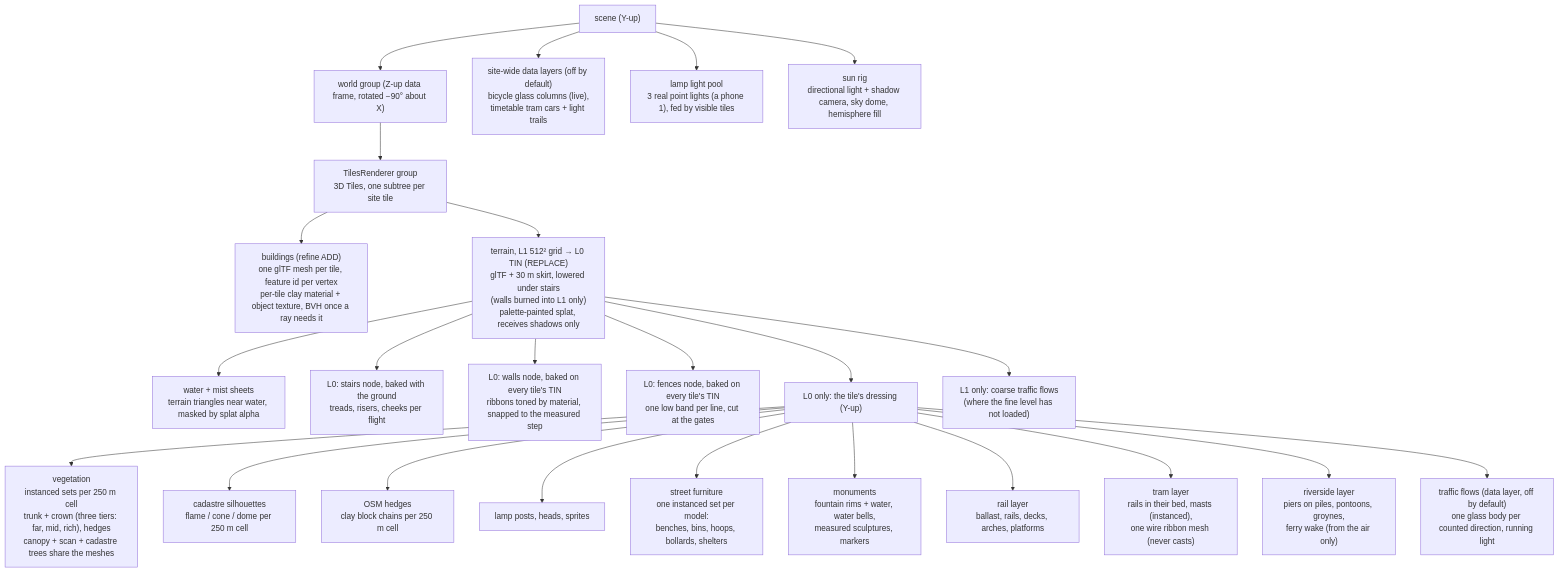
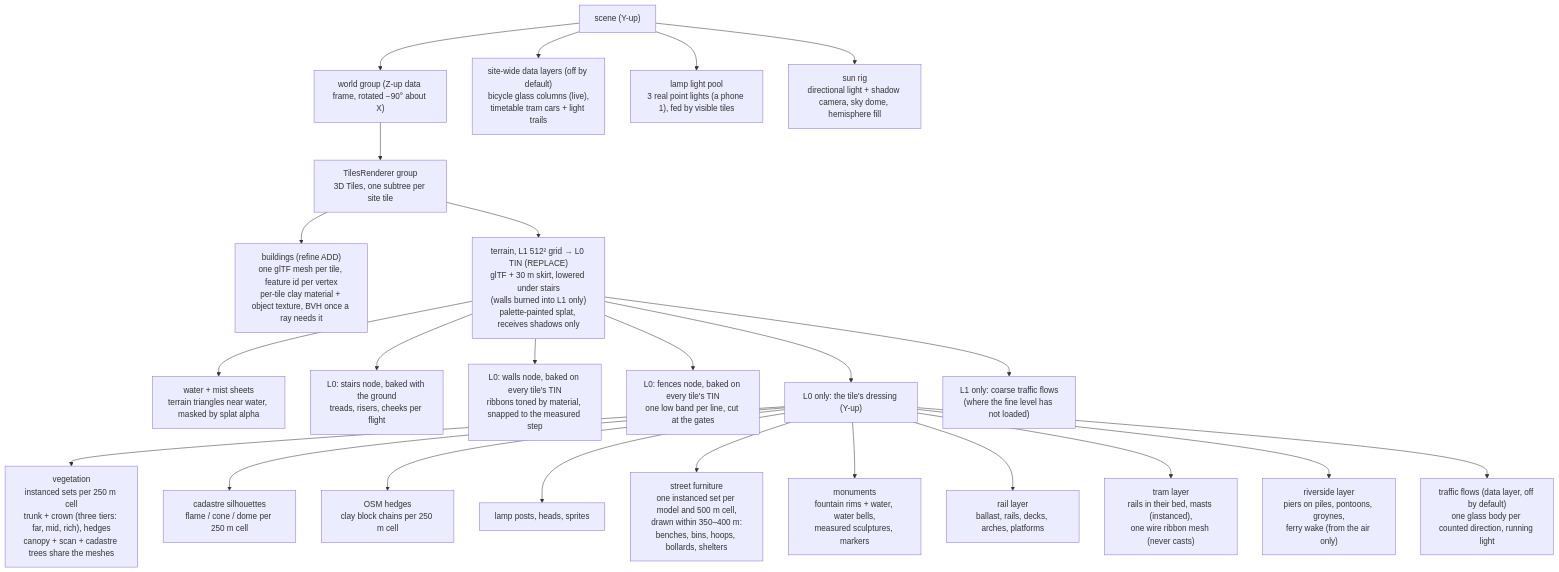
The first of 2 diagrams in docs/rendering.md (mdugue/bridge), drawn with Mermaid before and after one commit. The commit also changed other lines of this file and 5 other files, not shown here.

First line of the commit message:
perf(furniture): draw the street furniture near the eye only

````diff
--- a/docs/rendering.md
+++ b/docs/rendering.md
@@ -25,29 +25,29 @@
 ```mermaid
 flowchart TB
   SCENE["scene (Y-up)"]
   WORLD["world group (Z-up data frame, rotated −90° about X)"]
   TILES["TilesRenderer group<br/>3D Tiles, one subtree per site tile"]
   SCENE --> WORLD
   WORLD --> TILES
   TILES --> CITY["buildings (refine ADD)<br/>one glTF mesh per tile, feature id per vertex<br/>per-tile clay material + object texture, BVH once a ray needs it"]
   TILES --> TER["terrain, L1 512² grid → L0 TIN (REPLACE)<br/>glTF + 30 m skirt, lowered under stairs<br/>(walls burned into L1 only)<br/>palette-painted splat, receives shadows only"]
   TER --> WAT["water + mist sheets<br/>terrain triangles near water, masked by splat alpha"]
   TER --> STAIR["L0: stairs node, baked with the ground<br/>treads, risers, cheeks per flight"]
   TER --> WALL["L0: walls node, baked on every tile's TIN<br/>ribbons toned by material, snapped to the measured step"]
   TER --> FENCE["L0: fences node, baked on every tile's TIN<br/>one low band per line, cut at the gates"]
   TER --> DRESS["L0 only: the tile's dressing (Y-up)"]
   DRESS --> VEG["vegetation<br/>instanced sets per 250 m cell<br/>trunk + crown (three tiers: far, mid, rich), hedges<br/>canopy + scan + cadastre trees share the meshes"]
   DRESS --> INV["cadastre silhouettes<br/>flame / cone / dome per 250 m cell"]
   DRESS --> LOW["OSM hedges<br/>clay block chains per 250 m cell"]
   DRESS --> LAMP["lamp posts, heads, sprites"]
-  DRESS --> FURN["street furniture<br/>one instanced set per model:<br/>benches, bins, hoops, bollards, shelters"]
+  DRESS --> FURN["street furniture<br/>one instanced set per model and 500 m cell,<br/>drawn within 350–400 m:<br/>benches, bins, hoops, bollards, shelters"]
   DRESS --> MON["monuments<br/>fountain rims + water, water bells,<br/>measured sculptures, markers"]
   DRESS --> RAIL["rail layer<br/>ballast, rails, decks, arches, platforms"]
   DRESS --> TRAM["tram layer<br/>rails in their bed, masts (instanced),<br/>one wire ribbon mesh (never casts)"]
   DRESS --> RIV["riverside layer<br/>piers on piles, pontoons, groynes,<br/>ferry wake (from the air only)"]
   DRESS --> TRAF["traffic flows (data layer, off by default)<br/>one glass body per counted direction, running light"]
   TER --> TRAFC["L1 only: coarse traffic flows<br/>(where the fine level has not loaded)"]
   SCENE --> DATA["site-wide data layers (off by default)<br/>bicycle glass columns (live),<br/>timetable tram cars + light trails"]
   SCENE --> LIGHTS["lamp light pool<br/>3 real point lights (a phone 1), fed by visible tiles"]
   SCENE --> SUN["sun rig<br/>directional light + shadow camera, sky dome, hemisphere fill"]
 ```
````
